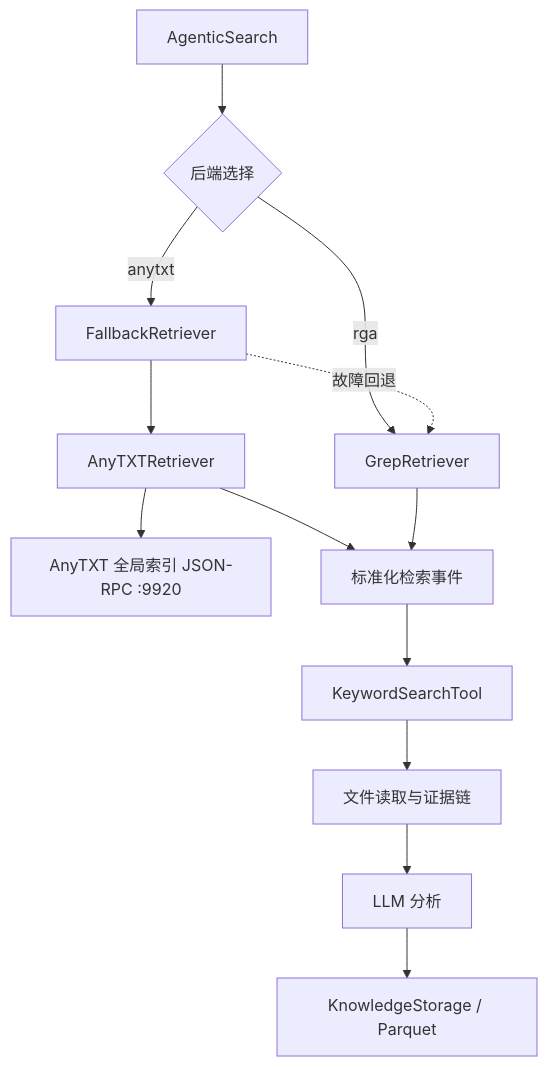
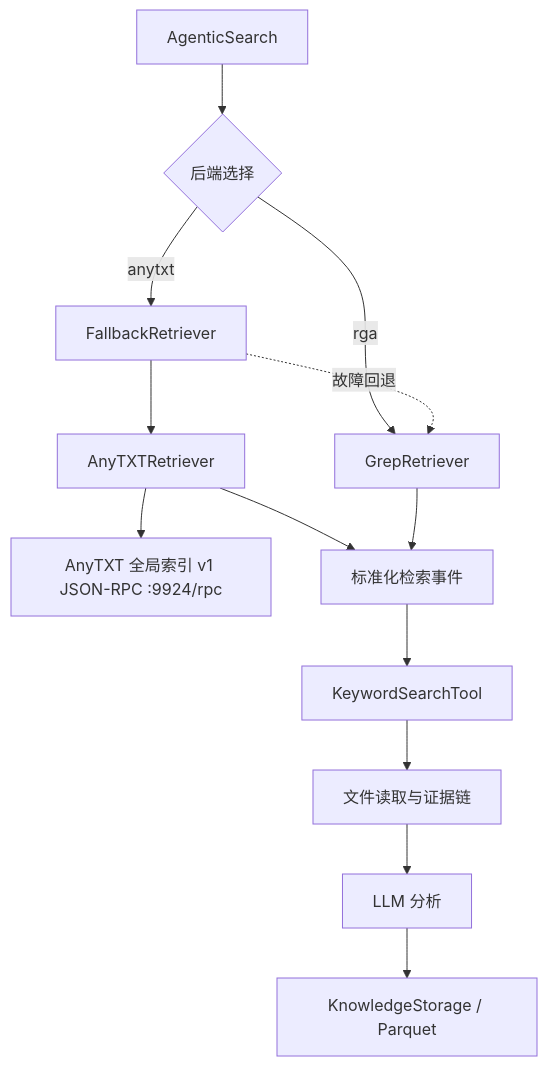
Before and after one commit to SeptYagu/AnySirchmunk: the second of 2 diagrams in docs/architecture.md, drawn with Mermaid. The commit also changed other lines of this file and 8 other files, not shown here.

Commit message:
fix: harden AnyTXT request safety and delivery

````diff
--- a/docs/architecture.md
+++ b/docs/architecture.md
@@ -41,15 +41,15 @@
 ```mermaid
 flowchart TD
     S[AgenticSearch] --> B{后端选择}
     B -->|rga| G[GrepRetriever]
     B -->|anytxt| H[FallbackRetriever]
     H --> A[AnyTXTRetriever]
     H -. 故障回退 .-> G
-    A --> RPC[AnyTXT 全局索引 JSON-RPC :9920]
+    A --> RPC[AnyTXT 全局索引 v1 JSON-RPC :9924/rpc]
     A --> N[标准化检索事件]
     G --> N
     N --> T[KeywordSearchTool]
     T --> F[文件读取与证据链]
     F --> L[LLM 分析]
     L --> K[KnowledgeStorage / Parquet]
 ```
````
